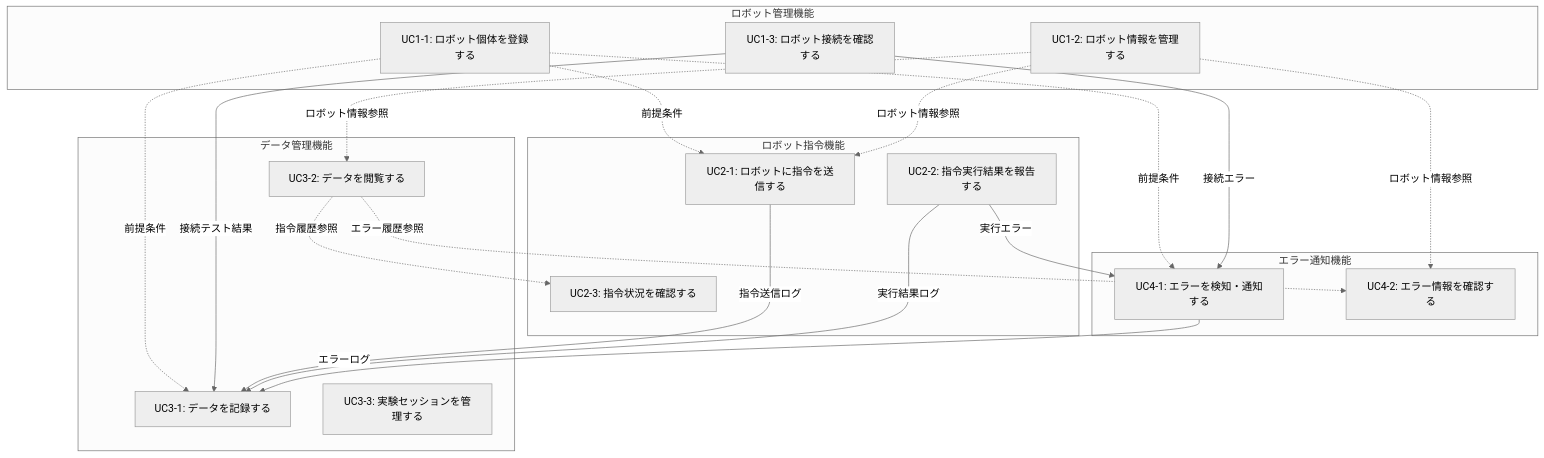
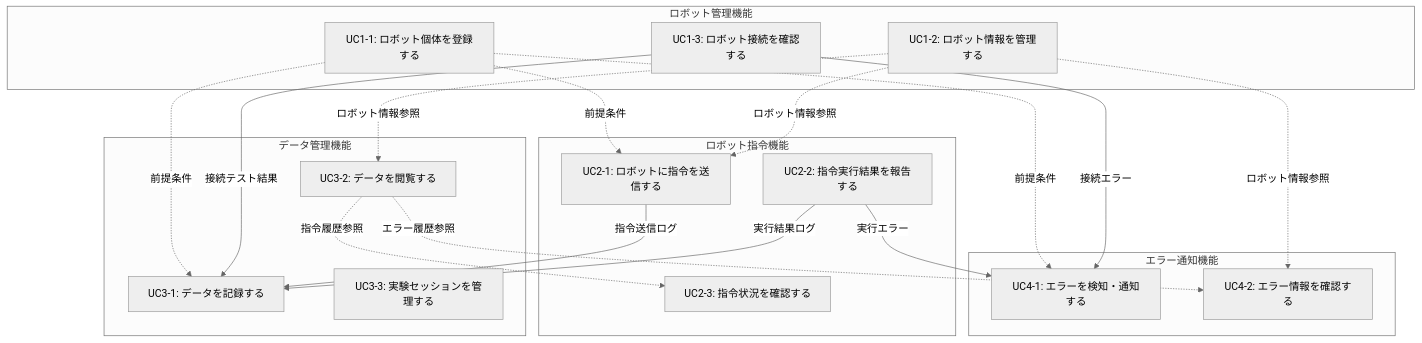
One commit to RikuHayakawa/robot-cloud-system-spec changed the diagram in docs/20_usecases/usecase_relationships.md. Above: the diagram before and after it, drawn with Mermaid (neutral theme). The commit also changed 9 other files, not shown here.

Commit message:
add: 各ユースケースに対してのシーケンス図を作成

````diff
--- a/docs/20_usecases/usecase_relationships.md
+++ b/docs/20_usecases/usecase_relationships.md
@@ -9,45 +9,44 @@
 ```mermaid
 graph TD
     subgraph UC1[ロボット管理機能]
         UC1-1[UC1-1: ロボット個体を登録する]
         UC1-2[UC1-2: ロボット情報を管理する]
         UC1-3[UC1-3: ロボット接続を確認する]
     end
 
     subgraph UC2[ロボット指令機能]
         UC2-1[UC2-1: ロボットに指令を送信する]
         UC2-2[UC2-2: 指令実行結果を報告する]
         UC2-3[UC2-3: 指令状況を確認する]
     end
 
     subgraph UC3[データ管理機能]
         UC3-1[UC3-1: データを記録する]
         UC3-2[UC3-2: データを閲覧する]
         UC3-3[UC3-3: 実験セッションを管理する]
     end
 
     subgraph UC4[エラー通知機能]
         UC4-1[UC4-1: エラーを検知・通知する]
         UC4-2[UC4-2: エラー情報を確認する]
     end
 
     %% 基盤機能としての関連（前提条件）
     UC1-1 -.->|前提条件| UC2-1
     UC1-1 -.->|前提条件| UC3-1
     UC1-1 -.->|前提条件| UC4-1
 
     %% データ連携
     UC1-3 -->|接続テスト結果| UC3-1
     UC1-3 -->|接続エラー| UC4-1
     UC2-1 -->|指令送信ログ| UC3-1
     UC2-2 -->|実行結果ログ| UC3-1
     UC2-2 -->|実行エラー| UC4-1
-    UC4-1 -->|エラーログ| UC3-1
 
     %% 情報参照
     UC1-2 -.->|ロボット情報参照| UC2-1
     UC1-2 -.->|ロボット情報参照| UC3-2
     UC1-2 -.->|ロボット情報参照| UC4-2
     UC3-2 -.->|指令履歴参照| UC2-3
     UC3-2 -.->|エラー履歴参照| UC4-2
 ```
````
